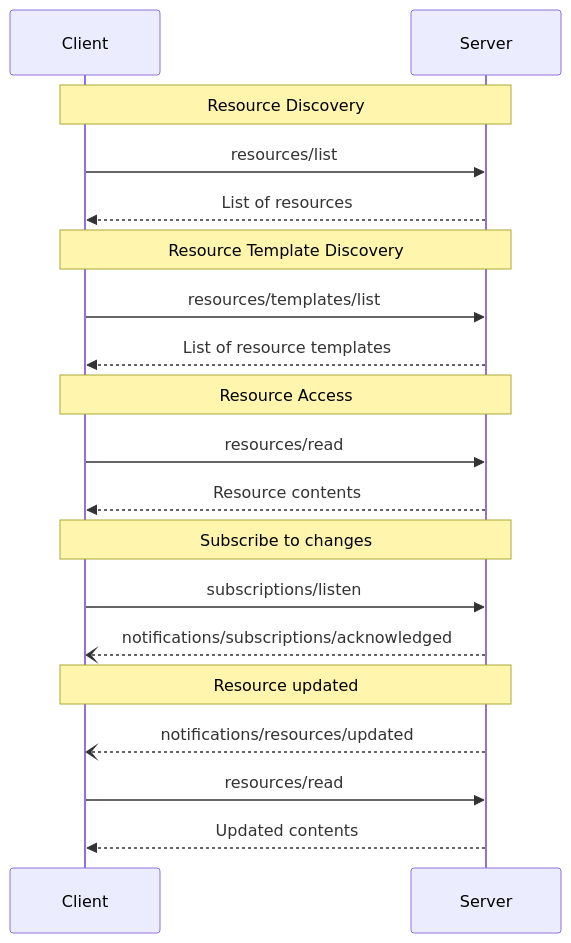
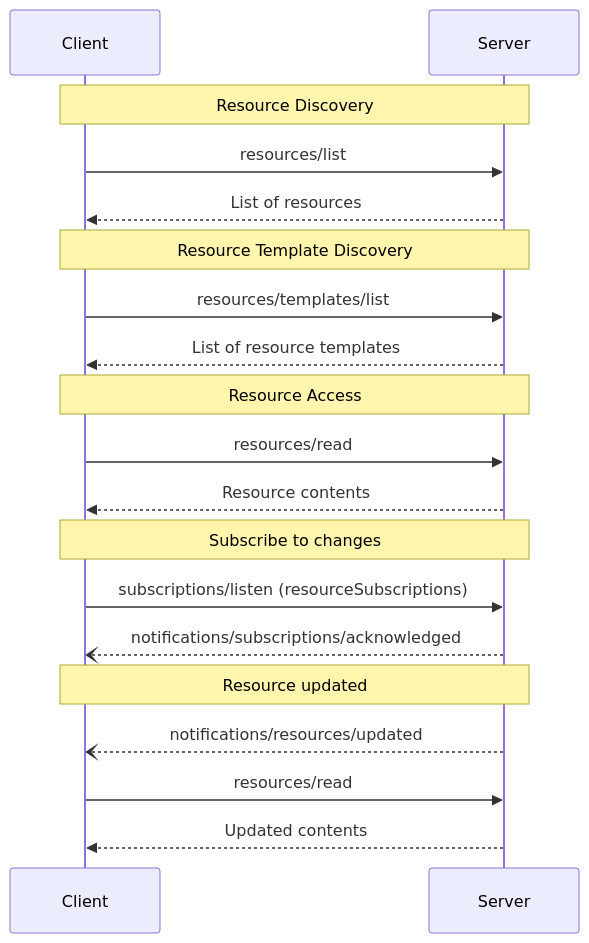
The diagram in docs/specification/draft/server/resources.mdx (modelcontextprotocol/modelcontextprotocol), drawn with Mermaid before and after one commit. The commit also changed other lines of this file and 3 other files, not shown here.

First line of the commit message:
docs: add subscriptions/listen page and update resources/logging (SEP-2575)

````diff
--- a/docs/specification/draft/server/resources.mdx
+++ b/docs/specification/draft/server/resources.mdx
@@ -280,26 +246,26 @@
 ```mermaid
 sequenceDiagram
     participant Client
     participant Server
 
     Note over Client,Server: Resource Discovery
     Client->>Server: resources/list
     Server-->>Client: List of resources
 
     Note over Client,Server: Resource Template Discovery
     Client->>Server: resources/templates/list
     Server-->>Client: List of resource templates
 
     Note over Client,Server: Resource Access
     Client->>Server: resources/read
     Server-->>Client: Resource contents
 
     Note over Client,Server: Subscribe to changes
-    Client->>Server: subscriptions/listen
+    Client->>Server: subscriptions/listen (resourceSubscriptions)
     Server--)Client: notifications/subscriptions/acknowledged
 
     Note over Client,Server: Resource updated
     Server--)Client: notifications/resources/updated
     Client->>Server: resources/read
     Server-->>Client: Updated contents
 ```
````
